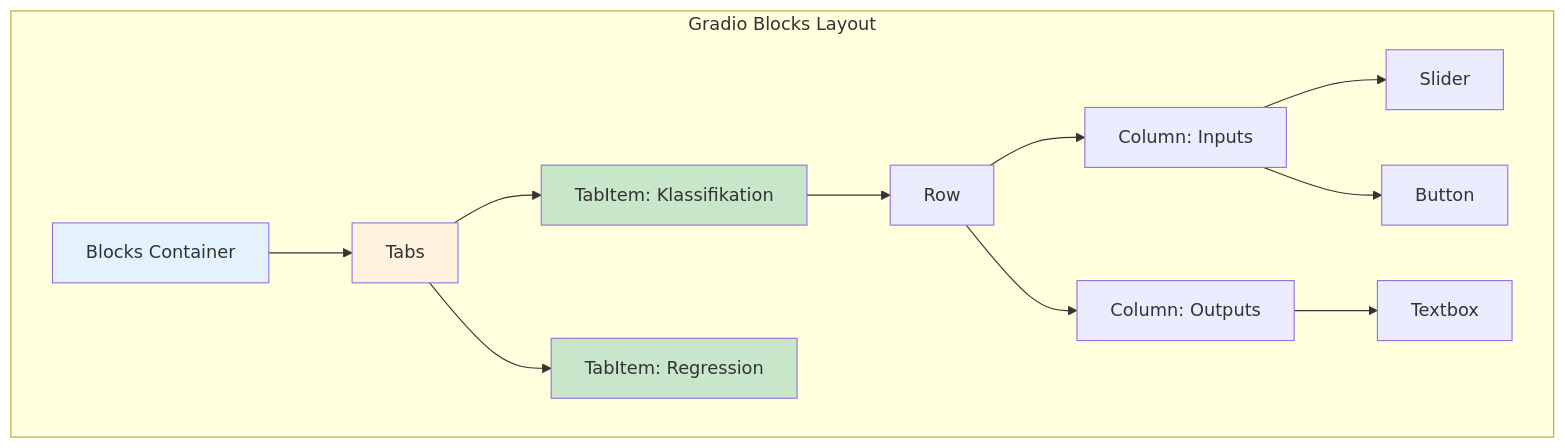
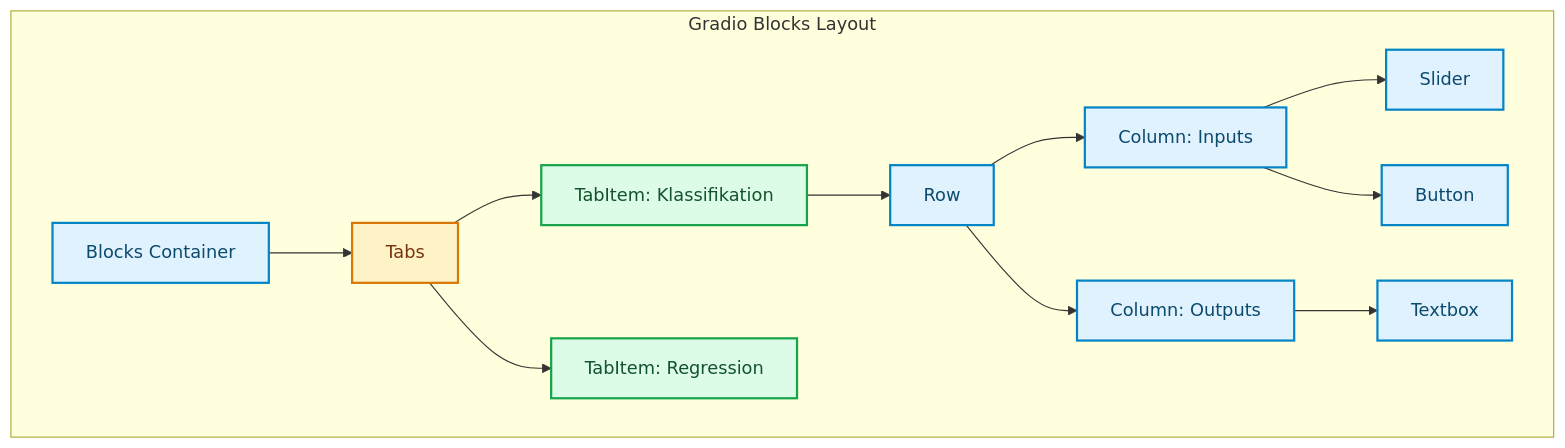
The fourth of 6 diagrams in docs/deployment/Gradio_Deployment.md (ralf-42/ML_Intro), drawn with Mermaid before and after one commit. The commit also changed other lines of this file and 67 other files, not shown here.

````diff
--- a/docs/deployment/Gradio_Deployment.md
+++ b/docs/deployment/Gradio_Deployment.md
@@ -392,21 +397,22 @@
 ```mermaid
 flowchart TD
     subgraph "Gradio Blocks Layout"
         A[Blocks Container] --> B[Tabs]
         B --> C[TabItem: Klassifikation]
         B --> D[TabItem: Regression]
         
         C --> E[Row]
         E --> F[Column: Inputs]
         E --> G[Column: Outputs]
         
         F --> F1[Slider]
         F --> F2[Button]
         G --> G1[Textbox]
     end
-    
-    style A fill:#e3f2fd
-    style B fill:#fff3e0
-    style C fill:#c8e6c9
-    style D fill:#c8e6c9
+
+    classDef default fill:#e0f2fe,stroke:#0284c7,stroke-width:2px,color:#0c4a6e;
+    classDef metric fill:#fef3c7,stroke:#d97706,stroke-width:2px,color:#78350f;
+    classDef output fill:#dcfce7,stroke:#16a34a,stroke-width:2px,color:#14532d;
+    class B metric;
+    class C,D output;
 ```
````
